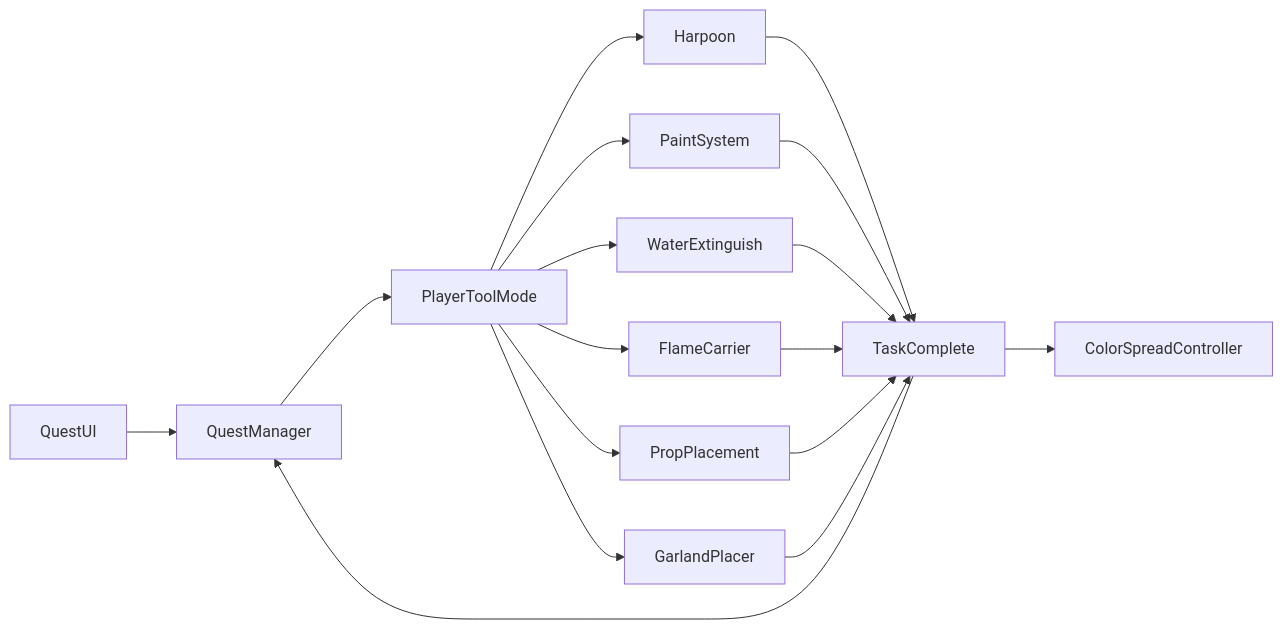
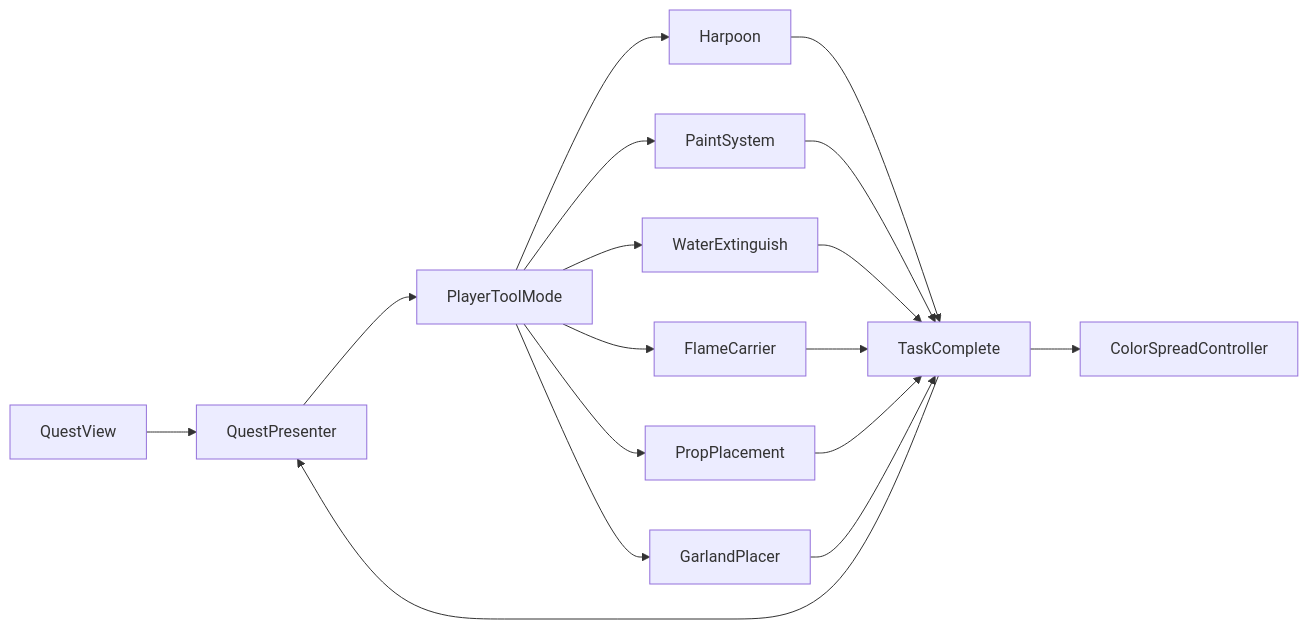
Before and after one commit to SoreGame/REHozy: the second of 2 diagrams in Docs/REHozy_14DayPlan.md, drawn with Mermaid. The commit also changed other lines of this file and 19 other files, not shown here.

````diff
--- a/Docs/REHozy_14DayPlan.md
+++ b/Docs/REHozy_14DayPlan.md
@@ -181,19 +204,19 @@
 ```mermaid
 flowchart LR
-    QuestUI[QuestUI] --> QuestMgr[QuestManager]
+    QuestUI[QuestView] --> QuestMgr[QuestPresenter]
     QuestMgr --> ToolMode[PlayerToolMode]
     ToolMode --> Harpoon[Harpoon]
     ToolMode --> Paint[PaintSystem]
     ToolMode --> Water[WaterExtinguish]
     ToolMode --> Flame[FlameCarrier]
     ToolMode --> Place[PropPlacement]
     ToolMode --> Garland[GarlandPlacer]
     Harpoon --> Complete[TaskComplete]
     Paint --> Complete
     Water --> Complete
     Flame --> Complete
     Place --> Complete
     Garland --> Complete
     Complete --> QuestMgr
     Complete --> ColorSpread[ColorSpreadController]
 ```
````
